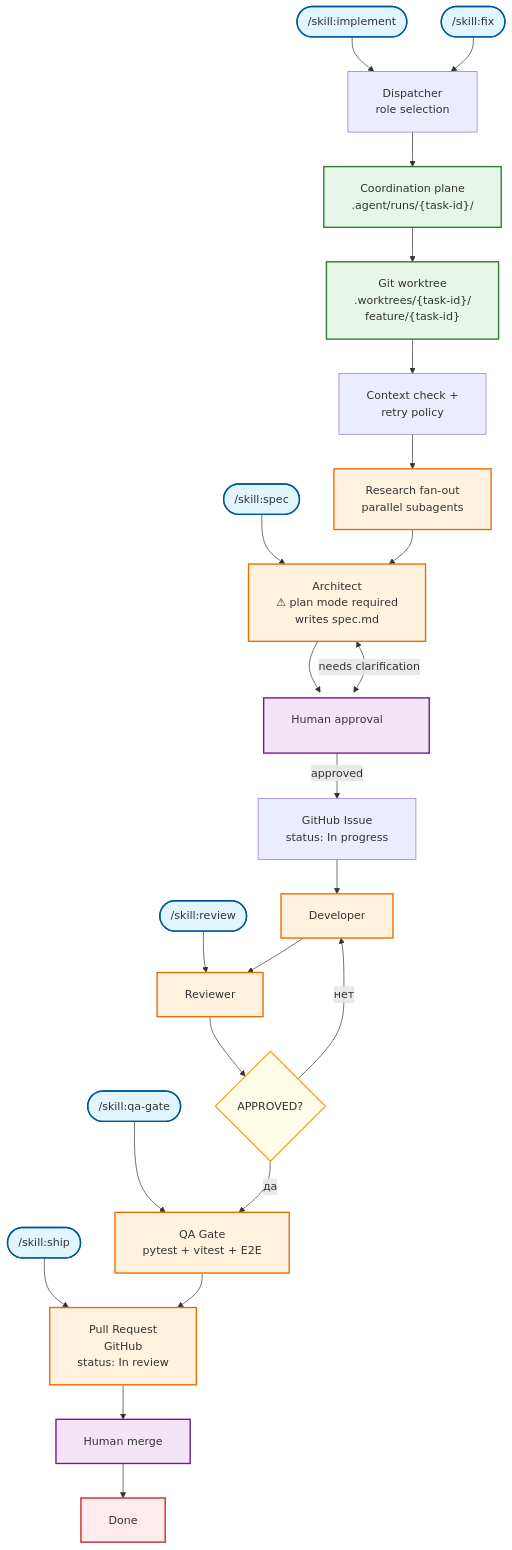
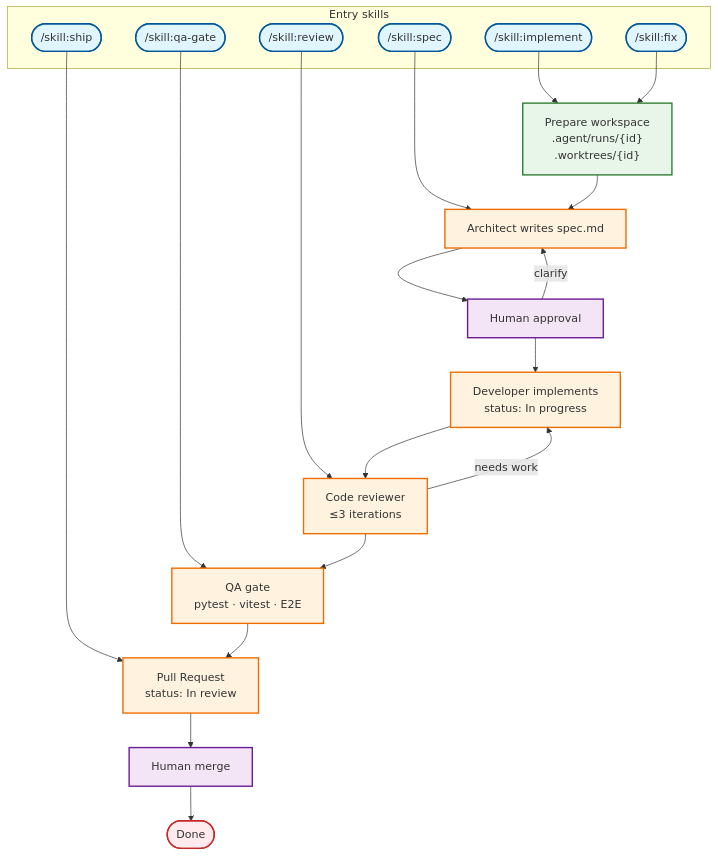
One commit to EvgeniyElmanov/promelectron changed the diagram in docs/ai-agent-pipeline.mmd. Above: the diagram before and after it, drawn with Mermaid.

Commit message:
docs: compact AI agent pipeline diagram

```diff
--- a/docs/ai-agent-pipeline.mmd
+++ b/docs/ai-agent-pipeline.mmd
@@ -1,55 +1,43 @@
-%%{init: {'flowchart': {'curve': 'basis', 'padding': 20}}}%%
+%%{init: {'flowchart': {'curve': 'basis', 'padding': 16}}}%%
 flowchart TD
-    %% Entry points
-    A(["/skill:implement"])
-    R(["/skill:fix"])
-    Q(["/skill:spec"])
-    S(["/skill:review"])
-    T(["/skill:qa-gate"])
-    U(["/skill:ship"])
+    subgraph Entry ["Entry skills"]
+        IMP(["/skill:implement"])
+        FIX(["/skill:fix"])
+        SPEC(["/skill:spec"])
+        REV(["/skill:review"])
+        QA(["/skill:qa-gate"])
+        SHIP(["/skill:ship"])
+    end
 
-    A --> B
-    R --> B
+    IMP --> Prep
+    FIX --> Prep
+    SPEC --> Plan
+    REV --> Review
+    QA --> Test
+    SHIP --> PR
 
-    B["Dispatcher<br/>role selection"] --> C
+    Prep["Prepare workspace<br/>.agent/runs/{id}<br/>.worktrees/{id}"] --> Plan
 
-    C["Coordination plane<br/>.agent/runs/{task-id}/"] --> D
-    D["Git worktree<br/>.worktrees/{task-id}/<br/>feature/{task-id}"] --> E
-    E["Context check +<br/>retry policy"] --> F
+    Plan["Architect writes spec.md"] --> Approve
+    Approve["Human approval"] -->|clarify| Plan
+    Approve --> Dev
 
-    F["Research fan-out<br/>parallel subagents"] --> G
-    G["Architect<br/>⚠ plan mode required<br/>writes spec.md"] --> H["   Human approval   "]
-    G <-->|"needs clarification"| H
-    H -->|"approved"| I
+    Dev["Developer implements<br/>status: In progress"] --> Review
+    Review["Code reviewer<br/>≤3 iterations"] -->|needs work| Dev
+    Review --> Test
 
-    I["GitHub Issue<br/>status: In progress"] --> J
-
-    J["Developer"] --> K
-    K["Reviewer"] --> L
-    L{"APPROVED?"} -->|"нет"| J
-    L -->|"да"| M
-
-    M["QA Gate<br/>pytest + vitest + E2E"] --> N
-    N["Pull Request<br/>GitHub<br/>status: In review"] --> O
-    O["Human merge"] --> P["Done"]
-
-    Q --> G
-    S --> K
-    T --> M
-    U --> N
+    Test["QA gate<br/>pytest · vitest · E2E"] --> PR
+    PR["Pull Request<br/>status: In review"] --> Merge
+    Merge["Human merge"] --> Done(["Done"])
 
     classDef entry fill:#e1f5ff,stroke:#01579b,stroke-width:2px
     classDef coord fill:#e8f5e9,stroke:#2e7d32,stroke-width:2px
     classDef human fill:#f3e5f5,stroke:#6a1b9a,stroke-width:2px
     classDef agent fill:#fff3e0,stroke:#ef6c00,stroke-width:2px
-    classDef decision fill:#fffde7,stroke:#f9a825,stroke-width:2px
     classDef final fill:#ffebee,stroke:#c62828,stroke-width:2px
 
-    class A,R,Q,S,T,U entry
-    class C,D coord
-    class H,O human
-    class F,G,J,K,M,N agent
-    class L decision
-    class P final
-
-    style H width:240px,height:80px
+    class IMP,FIX,SPEC,REV,QA,SHIP entry
+    class Prep coord
+    class Approve,Merge human
+    class Plan,Dev,Review,Test,PR agent
+    class Done final
```
